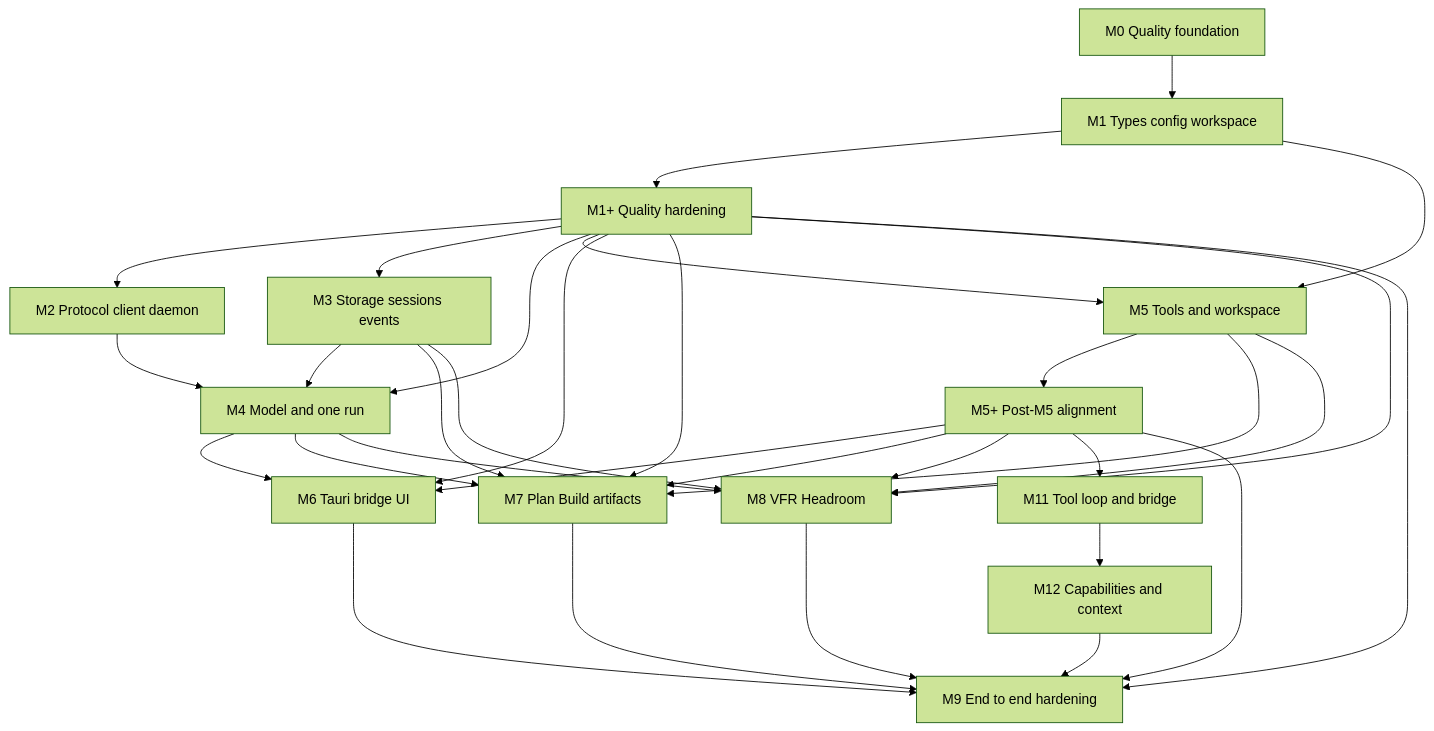
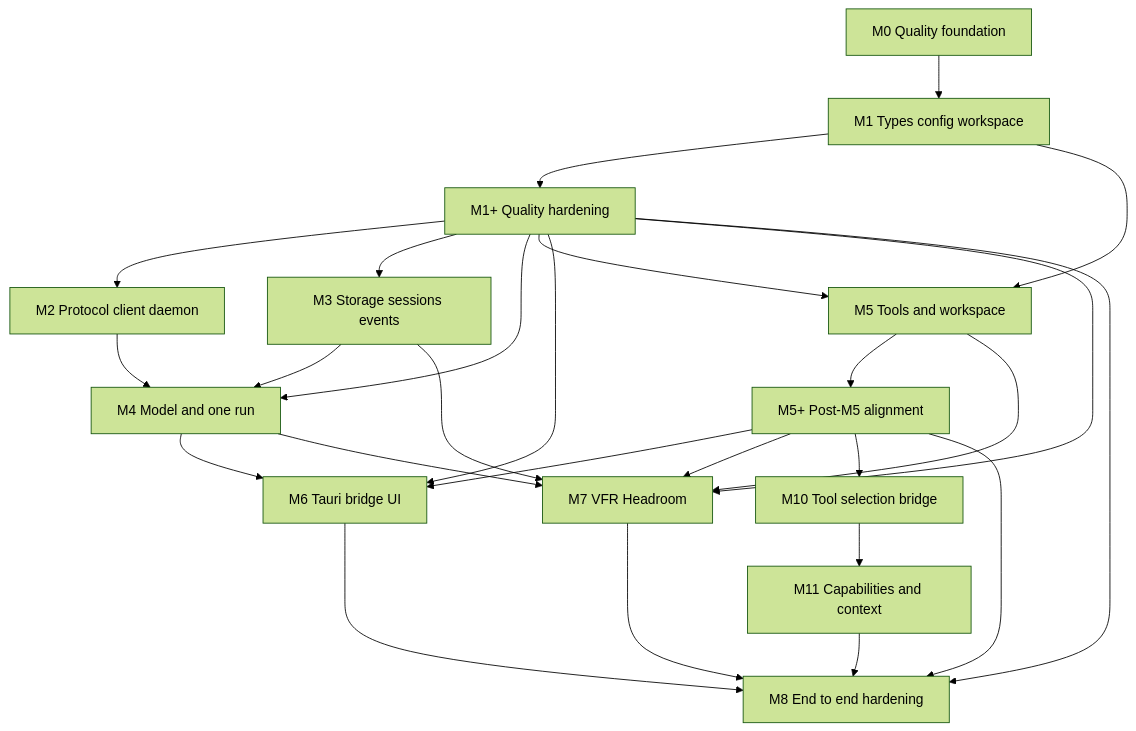
The diagram in docs/intention-relay/architecture/11-implementation-roadmap.md (y0tsy/intention-relay), drawn with Mermaid (forest theme) before and after one commit. The commit also changed other lines of this file and 7 other files, not shown here.

First line of the commit message:
docs(m5+): move Plan/Build and sub-agents into Slice 3 and renumber the milestones (#69)

````diff
--- a/docs/intention-relay/architecture/11-implementation-roadmap.md
+++ b/docs/intention-relay/architecture/11-implementation-roadmap.md
@@ -27,34 +27,28 @@
 ```mermaid
 flowchart TD
   Q[M0 Quality foundation] --> A[M1 Types config workspace]
   A --> P[M1+ Quality hardening]
   P --> B[M2 Protocol client daemon]
   P --> C[M3 Storage sessions events]
   P --> D[M4 Model and one run]
   P --> E[M5 Tools and workspace]
   E --> K[M5+ Post-M5 alignment]
   K --> F[M6 Tauri bridge UI]
-  K --> G[M7 Plan Build artifacts]
-  K --> H[M8 VFR Headroom]
-  K --> M[M11 Tool loop and bridge]
-  M --> N[M12 Capabilities and context]
-  K --> I[M9 End to end hardening]
+  K --> H[M7 VFR Headroom]
+  K --> M[M10 Tool selection bridge]
+  M --> N[M11 Capabilities and context]
+  K --> I[M8 End to end hardening]
   P --> F[M6 Tauri bridge UI]
-  P --> G[M7 Plan Build artifacts]
-  P --> H[M8 VFR Headroom]
-  P --> I[M9 End to end hardening]
+  P --> H[M7 VFR Headroom]
+  P --> I[M8 End to end hardening]
   B --> D
   C --> D
   A --> E
   D --> F
-  E --> G
-  C --> G
-  D --> G
   E --> H
   C --> H
   D --> H
   F --> I
-  G --> I
   H --> I
   N --> I
 ```
````
